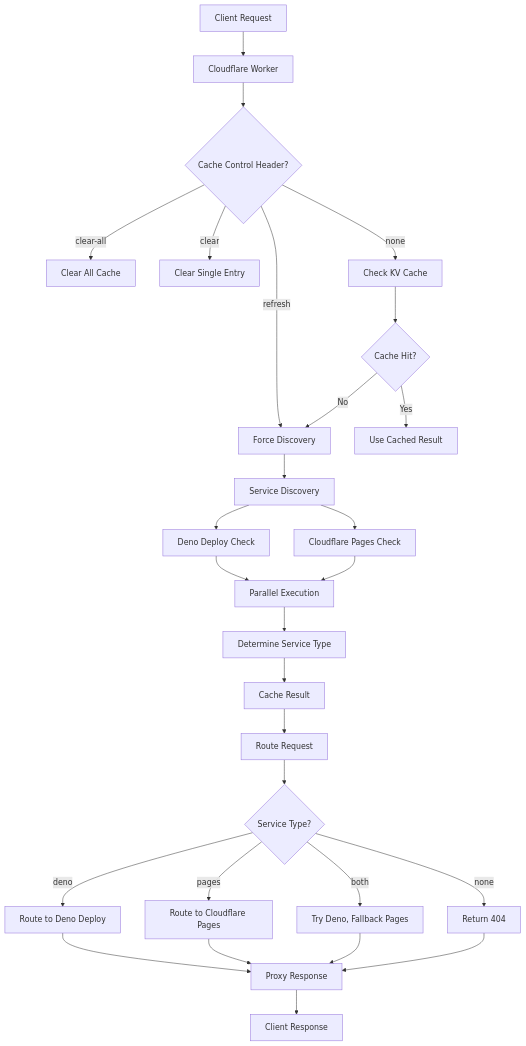
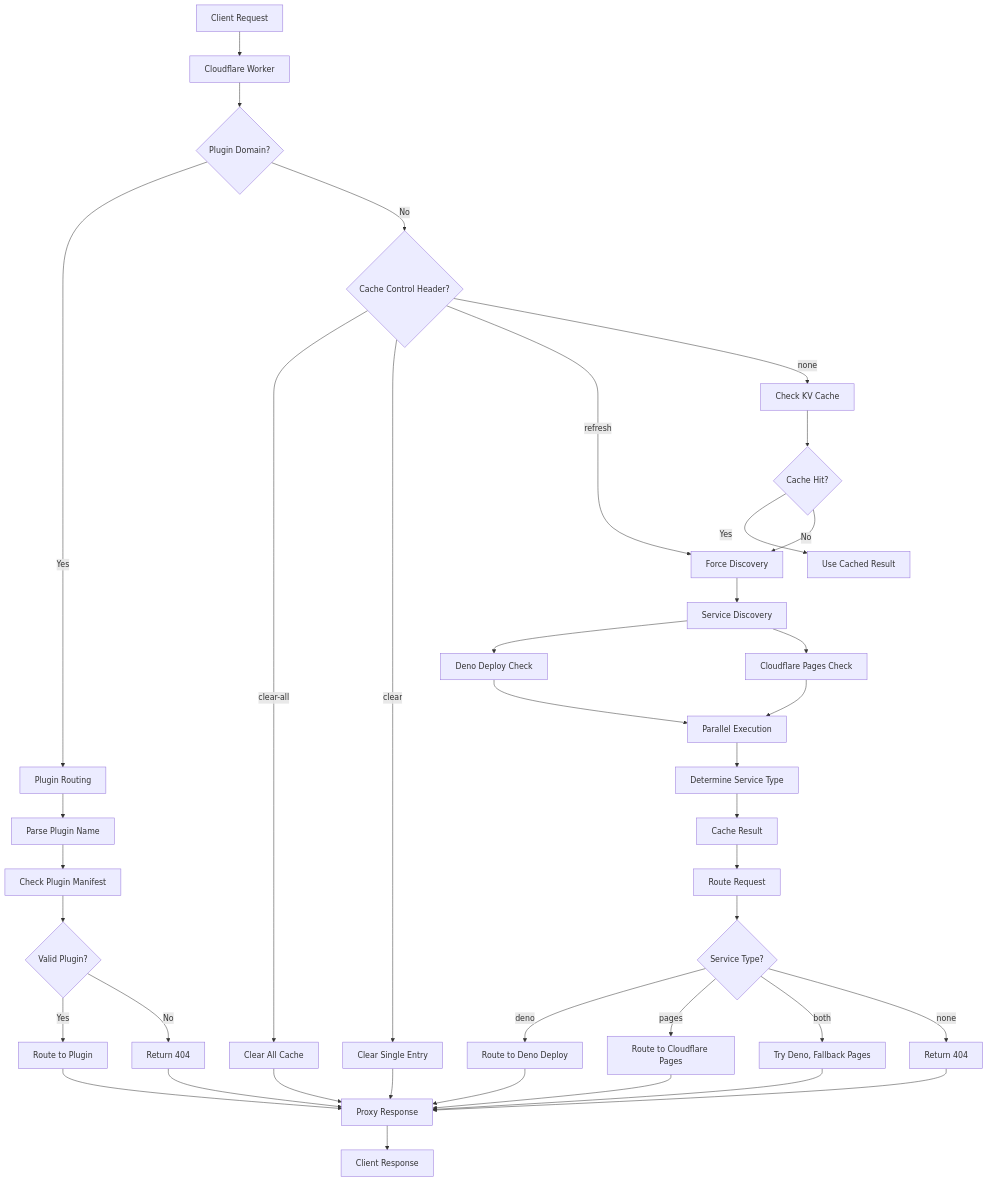
One commit to ubiquity/ubq.fi-router changed the first of 4 diagrams in docs/architecture.md. Above: the diagram before and after it, drawn with Mermaid. The commit also changed other lines of this file and 11 other files, not shown here.

Commit message:
feat: implement plugin routing system with dedicated documentation and updates to service discovery

````diff
--- a/docs/architecture.md
+++ b/docs/architecture.md
@@ -9,35 +9,48 @@
 ```mermaid
 graph TD
     A[Client Request] --> B[Cloudflare Worker]
-    B --> C{Cache Control Header?}
-    C -->|clear-all| D[Clear All Cache]
-    C -->|clear| E[Clear Single Entry]
-    C -->|refresh| F[Force Discovery]
-    C -->|none| G[Check KV Cache]
+    B --> C{Plugin Domain?}
+    C -->|Yes| D[Plugin Routing]
+    C -->|No| E{Cache Control Header?}
 
-    G --> H{Cache Hit?}
-    H -->|Yes| I[Use Cached Result]
-    H -->|No| F
+    D --> F[Parse Plugin Name]
+    F --> G[Check Plugin Manifest]
+    G --> H{Valid Plugin?}
+    H -->|Yes| I[Route to Plugin]
+    H -->|No| J[Return 404]
 
-    F --> J[Service Discovery]
-    J --> K[Deno Deploy Check]
-    J --> L[Cloudflare Pages Check]
+    E -->|clear-all| K[Clear All Cache]
+    E -->|clear| L[Clear Single Entry]
+    E -->|refresh| M[Force Discovery]
+    E -->|none| N[Check KV Cache]
 
-    K --> M[Parallel Execution]
-    L --> M
-    M --> N[Determine Service Type]
-    N --> O[Cache Result]
-    O --> P[Route Request]
+    N --> O{Cache Hit?}
+    O -->|Yes| P[Use Cached Result]
+    O -->|No| M
 
-    P --> Q{Service Type?}
-    Q -->|deno| R[Route to Deno Deploy]
-    Q -->|pages| S[Route to Cloudflare Pages]
-    Q -->|both| T[Try Deno, Fallback Pages]
-    Q -->|none| U[Return 404]
+    M --> Q[Service Discovery]
+    Q --> R[Deno Deploy Check]
+    Q --> S[Cloudflare Pages Check]
 
-    R --> V[Proxy Response]
-    S --> V
-    T --> V
-    U --> V
-    V --> W[Client Response]
+    R --> T[Parallel Execution]
+    S --> T
+    T --> U[Determine Service Type]
+    U --> V[Cache Result]
+    V --> W[Route Request]
+
+    W --> X{Service Type?}
+    X -->|deno| Y[Route to Deno Deploy]
+    X -->|pages| Z[Route to Cloudflare Pages]
+    X -->|both| AA[Try Deno, Fallback Pages]
+    X -->|none| BB[Return 404]
+
+    I --> CC[Proxy Response]
+    Y --> CC
+    Z --> CC
+    AA --> CC
+    J --> CC
+    K --> CC
+    L --> CC
+    BB --> CC
+    CC --> DD[Client Response]
 ```
````
